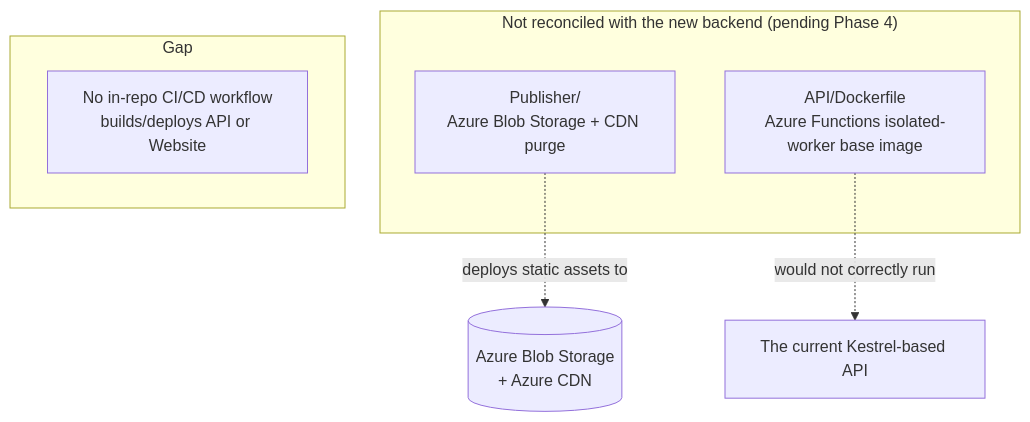
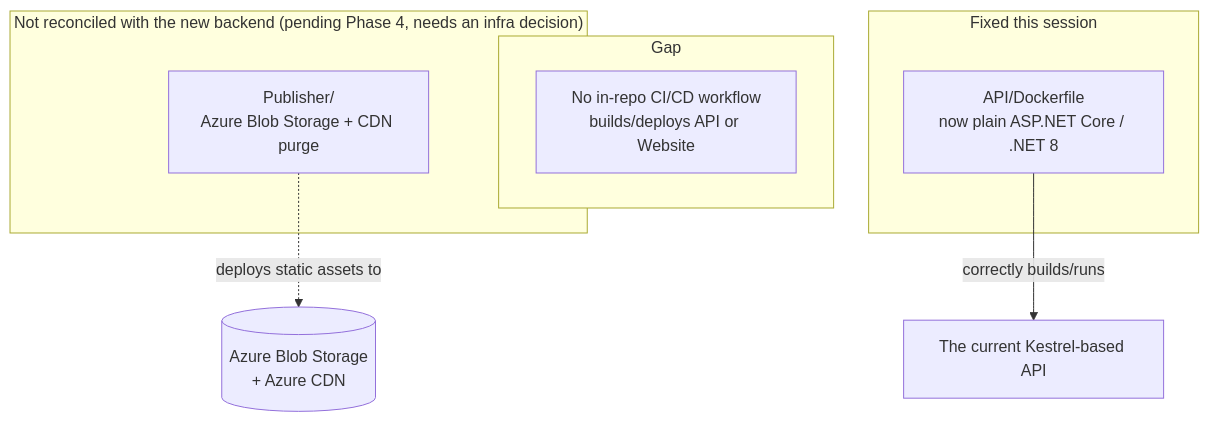
Before and after one commit to rahulsaipandit/VedAstro_DEV: diagram 11 of 11 in docs/vedAstroArchitecture.md, drawn with Mermaid. The commit also changed other lines of this file and 60 other files, not shown here.

````diff
--- a/docs/vedAstroArchitecture.md
+++ b/docs/vedAstroArchitecture.md
@@ -644,15 +727,18 @@
 ```mermaid
 flowchart TB
 
-subgraph Stale["Not reconciled with the new backend (pending Phase 4)"]
+subgraph Stale["Not reconciled with the new backend (pending Phase 4, needs an infra decision)"]
     Publisher["Publisher/<br/>Azure Blob Storage + CDN purge"]
-    Dockerfile["API/Dockerfile<br/>Azure Functions isolated-worker base image"]
 end
 
 subgraph Missing["Gap"]
     CI["No in-repo CI/CD workflow<br/>builds/deploys API or Website"]
 end
 
+subgraph Fixed["Fixed this session"]
+    Dockerfile["API/Dockerfile<br/>now plain ASP.NET Core / .NET 8"]
+end
+
 Publisher -.->|deploys static assets to| AzureBlob[("Azure Blob Storage<br/>+ Azure CDN")]
-Dockerfile -.->|would not correctly run| KestrelAPI["The current Kestrel-based API"]
+Dockerfile -->|correctly builds/runs| KestrelAPI["The current Kestrel-based API"]
 ```
````
